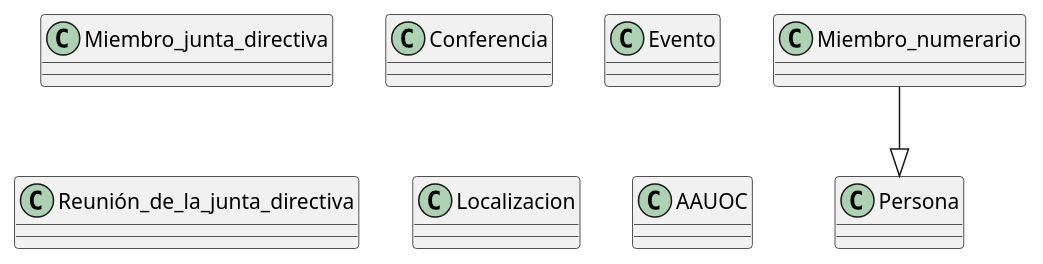
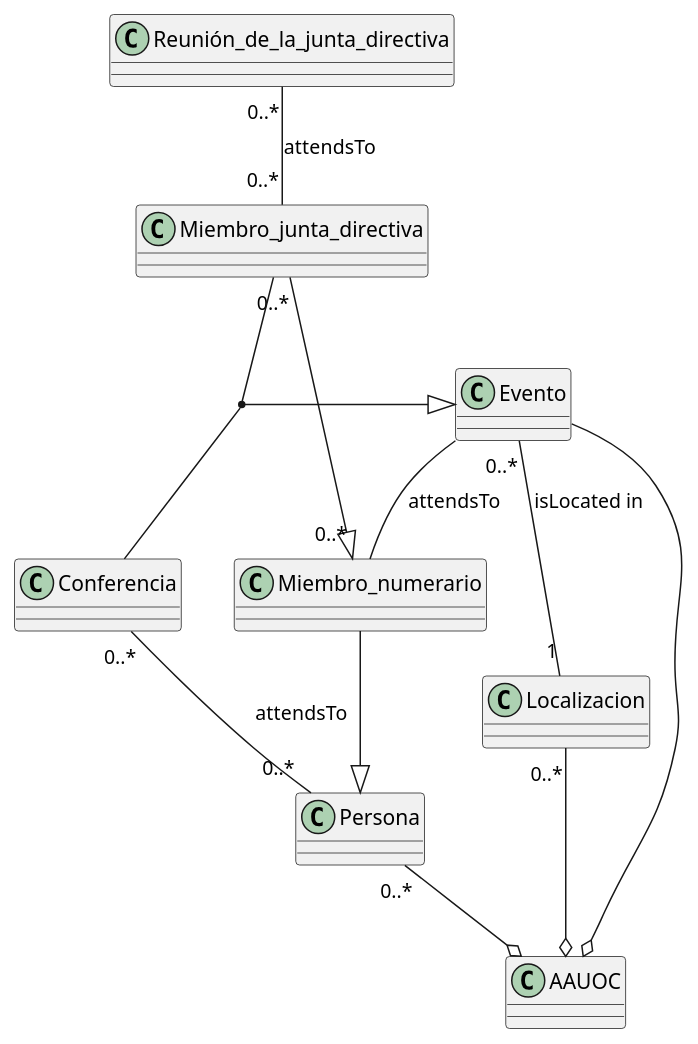
One commit to moevius237/Practica-Diagramas-UML-PAblo changed the diagram in src/PabloDiagrama.puml. Above: the diagram before and after it, drawn with PlantUML.

Commit message:
Añadimos todas las relaciones

```diff
--- a/src/PabloDiagrama.puml
+++ b/src/PabloDiagrama.puml
@@ -1,31 +1,40 @@
 @startuml
 class Miembro_numerario{
 
 }
 
 class Miembro_junta_directiva
 
 class Conferencia {
 
 }
 
 class Evento {
 
 }
 
 class Reunión_de_la_junta_directiva
 
 class Localizacion {
 
 }
 
 class Persona{
 }
 
 class AAUOC{
 
 }
 
 Miembro_numerario--|>Persona
+Miembro_junta_directiva"0..*"--|>"0..*"Miembro_numerario
+(Miembro_junta_directiva, Conferencia)"0..*" --|> "0..*"Evento
+Evento -- Miembro_numerario :attendsTo
 
+Evento --o AAUOC
+Evento"0..*" -- "1"Localizacion :isLocated in
+Localizacion"0..*" --o  AAUOC
+Persona"0..*" --o AAUOC
+Reunión_de_la_junta_directiva"0..*" -- "0..*"Miembro_junta_directiva :attendsTo
+Conferencia"0..*" -- "0..*"Persona :attendsTo
 @enduml
```
